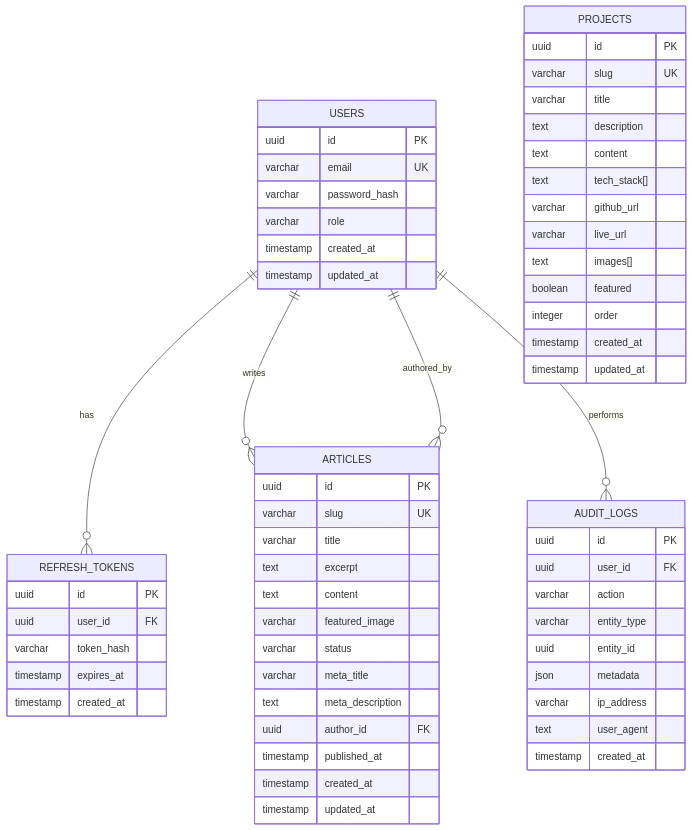
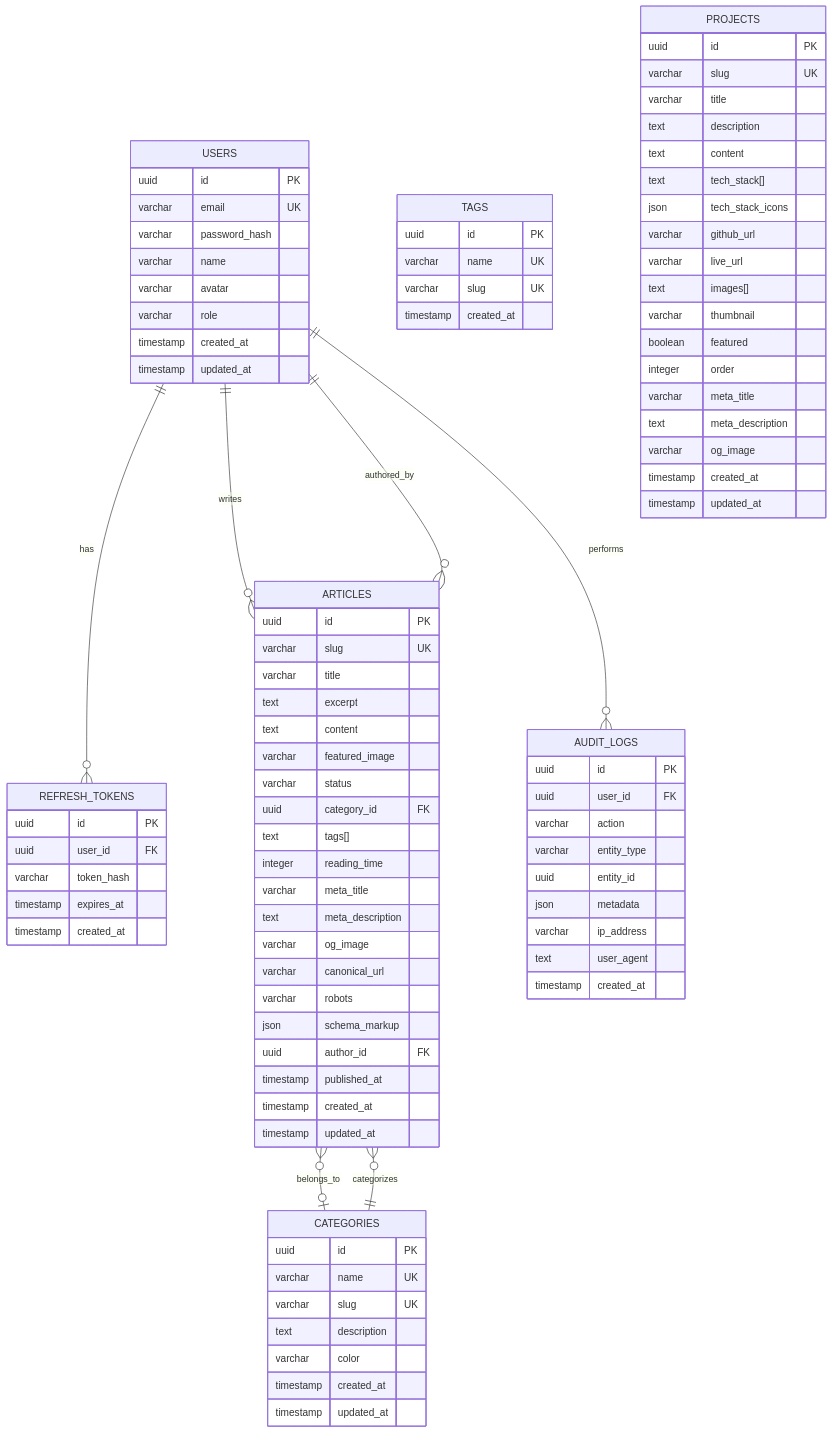
The diagram in Documentation/SCHEMA.md (petrushandika/Personal-Portfolio), drawn with Mermaid before and after one commit. The commit also changed other lines of this file and 45 other files, not shown here.

Commit message:
feat: implement category management with full CRUD operations and integrate categories into articles and projects.

````diff
--- a/Documentation/SCHEMA.md
+++ b/Documentation/SCHEMA.md
@@ -12,6 +12,8 @@
         uuid id PK
         varchar email UK
         varchar password_hash
+        varchar name
+        varchar avatar
         varchar role
         timestamp created_at
         timestamp updated_at
@@ -25,6 +27,23 @@
         timestamp created_at
     }
 
+    CATEGORIES {
+        uuid id PK
+        varchar name UK
+        varchar slug UK
+        text description
+        varchar color
+        timestamp created_at
+        timestamp updated_at
+    }
+
+    TAGS {
+        uuid id PK
+        varchar name UK
+        varchar slug UK
+        timestamp created_at
+    }
+
     ARTICLES {
         uuid id PK
         varchar slug UK
@@ -33,8 +52,15 @@
         text content
         varchar featured_image
         varchar status
+        uuid category_id FK
+        text tags[]
+        integer reading_time
         varchar meta_title
         text meta_description
+        varchar og_image
+        varchar canonical_url
+        varchar robots
+        json schema_markup
         uuid author_id FK
         timestamp published_at
         timestamp created_at
@@ -48,11 +74,16 @@
         text description
         text content
         text tech_stack[]
+        json tech_stack_icons
         varchar github_url
         varchar live_url
         text images[]
+        varchar thumbnail
         boolean featured
         integer order
+        varchar meta_title
+        text meta_description
+        varchar og_image
         timestamp created_at
         timestamp updated_at
     }
@@ -72,5 +103,7 @@
     USERS ||--o{ REFRESH_TOKENS : "has"
     USERS ||--o{ ARTICLES : "writes"
     USERS ||--o{ AUDIT_LOGS : "performs"
+    CATEGORIES ||--o{ ARTICLES : "categorizes"
     ARTICLES }o--|| USERS : "authored_by"
+    ARTICLES }o--o| CATEGORIES : "belongs_to"
 ```
````
